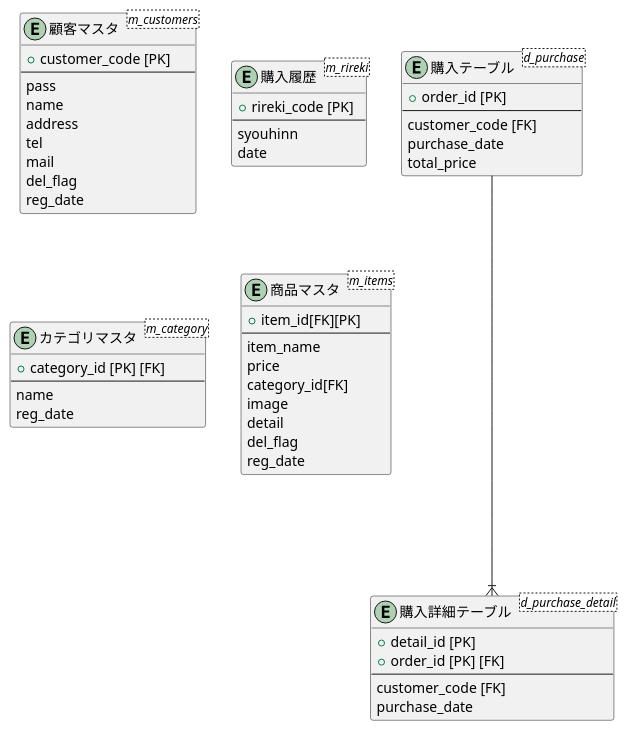
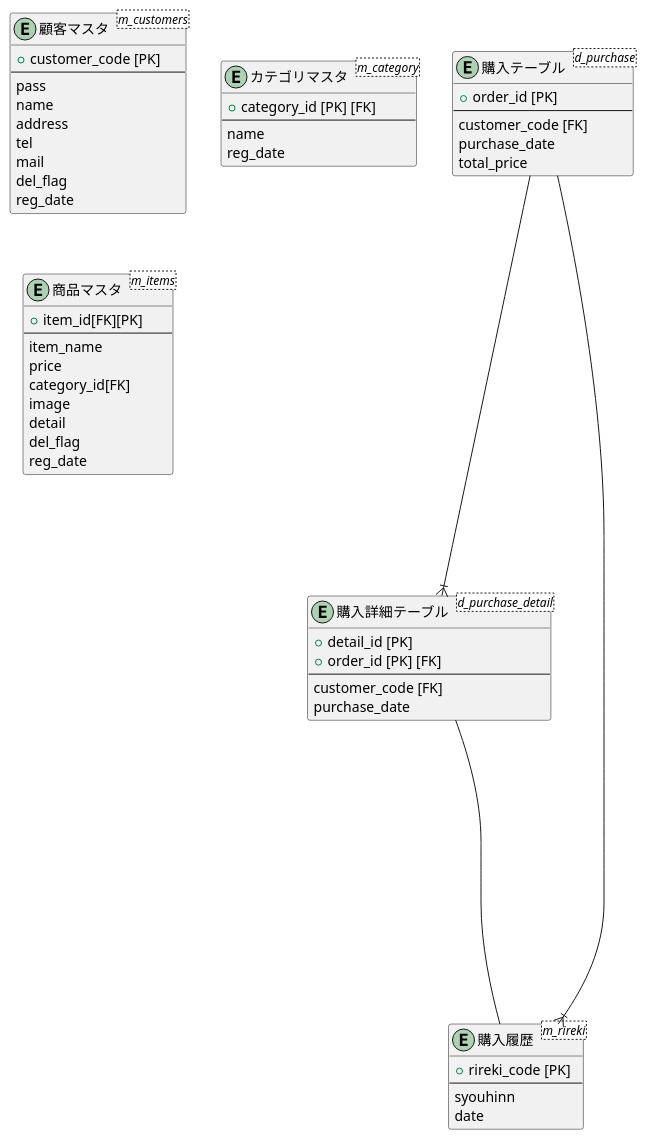
The diagram in db/original/ER.md (aso2001036/2021sys-design), drawn with PlantUML before and after one commit.

````diff
--- a/db/original/ER.md
+++ b/db/original/ER.md
@@ -1,59 +1,61 @@
 ```puml
 @startuml
 entity "購入テーブル" as purchase <d_purchase> {
 + order_id [PK]
 --
 customer_code [FK]
 purchase_date
 total_price
 }
 
 entity "購入詳細テーブル" as purcher_detail <d_purchase_detail> {
 + detail_id [PK]
 + order_id [PK] [FK]
 --
 customer_code [FK]
 purchase_date
 }
 
 entity "顧客マスタ" as customer <m_customers> {
 + customer_code [PK]
 --
 pass
 name
 address
 tel
 mail
 del_flag
 reg_date
 }
 
 entity "購入履歴" as rireki <m_rireki> {
 + rireki_code [PK]
 --
 syouhinn
 date
 }
 
 entity "カテゴリマスタ" as category <m_category> {
 + category_id [PK] [FK]
 --
 name
 reg_date
 }
 
 entity "商品マスタ" as items <m_items> {
 + item_id[FK][PK]
 --
 item_name
 price
 category_id[FK]
 image
 detail
 del_flag
 reg_date
 }
 
 purchase ----|{ purcher_detail
+purchase ----|{ rireki
+purcher_detail ------ rireki
 @enduml
 ```
````
